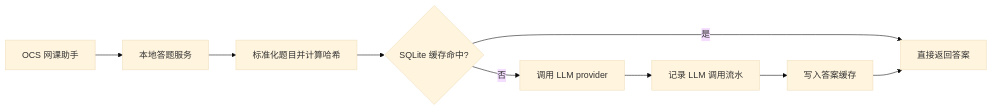
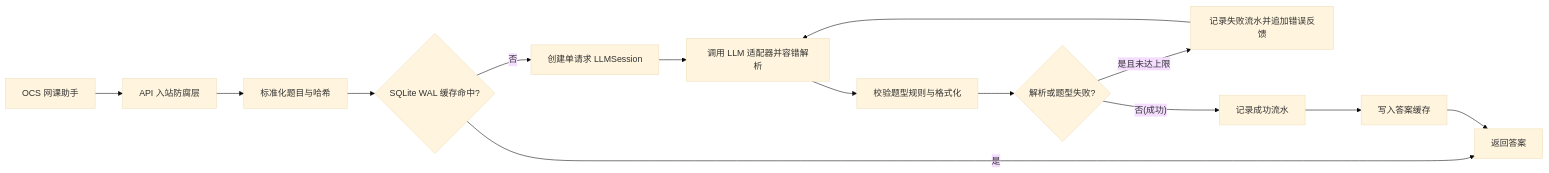
The first of 2 diagrams in README.md (mochenya/ocs-llm-answerer), drawn with Mermaid (base theme) before and after one commit. The commit also changed other lines of this file and 38 other files, not shown here.

First line of the commit message:
refactor(architecture): 解耦通用 LLM 会话层并支持纠错重试与 WAL 并发

````diff
--- a/README.md
+++ b/README.md
@@ -173,11 +177,16 @@
 ```mermaid
 flowchart LR
-    A[OCS 网课助手] --> B[本地答题服务]
-    B --> C[标准化题目并计算哈希]
-    C --> D{SQLite 缓存命中?}
-    D -- 是 --> E[直接返回答案]
-    D -- 否 --> F[调用 LLM provider]
-    F --> G[记录 LLM 调用流水]
-    G --> H[写入答案缓存]
-    H --> E
+    A["OCS 网课助手"] --> B["API 入站防腐层"]
+    B --> C["标准化题目与哈希"]
+    C --> D{"SQLite WAL 缓存命中?"}
+    D -- 是 --> E["返回答案"]
+    D -- 否 --> F["创建单请求 LLMSession"]
+    F --> G["调用 LLM 适配器并容错解析"]
+    G --> H["校验题型规则与格式化"]
+    H --> I{"解析或题型失败?"}
+    I -- "是且未达上限" --> J["记录失败流水并追加错误反馈"]
+    J --> G
+    I -- "否(成功)" --> K["记录成功流水"]
+    K --> L["写入答案缓存"]
+    L --> E
 ```
````
